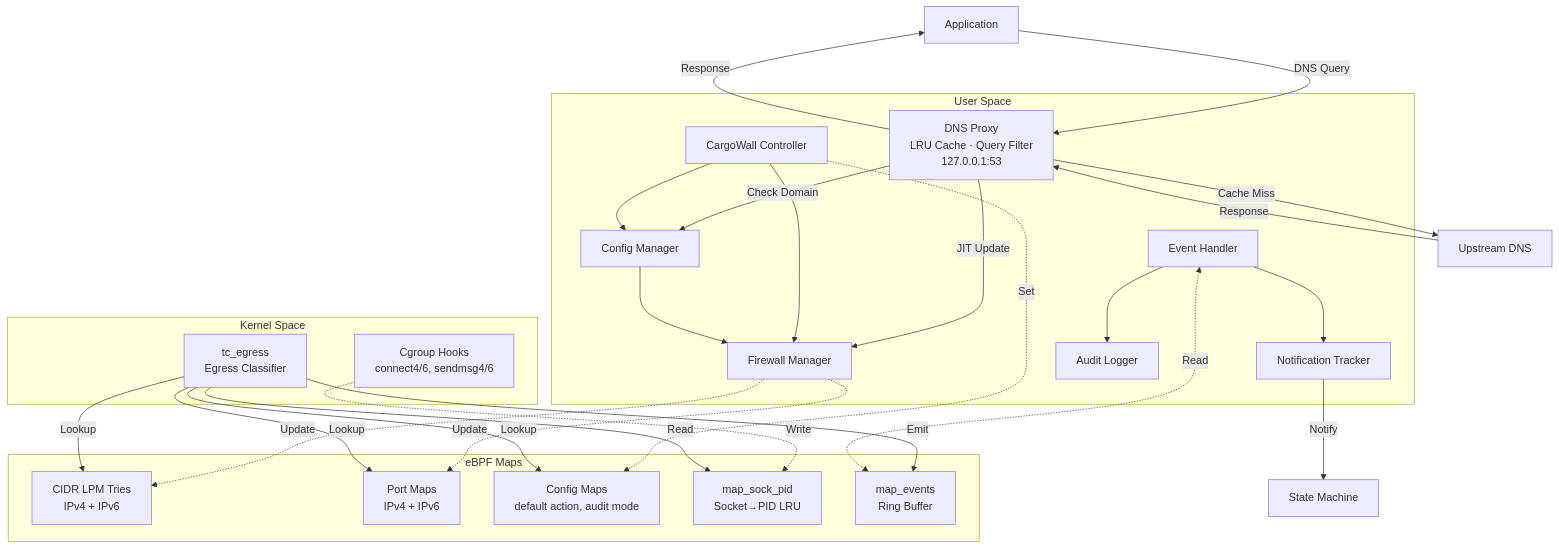
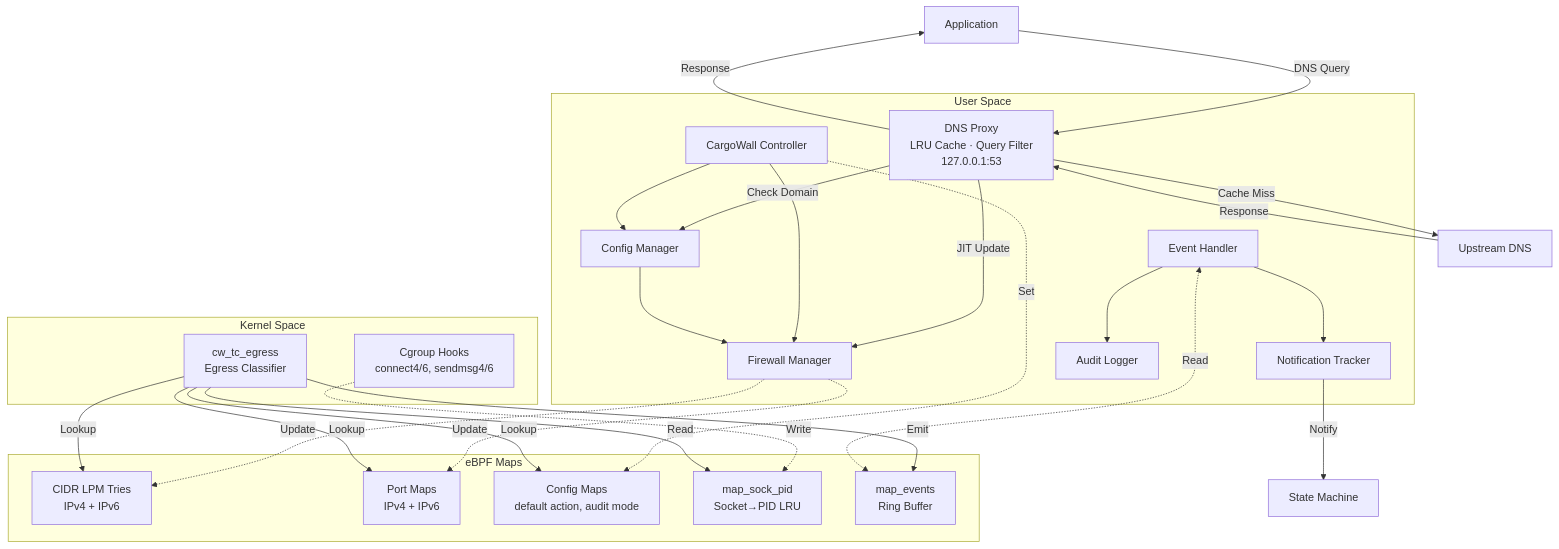
The first of 6 diagrams in design.md (code-cargo/cargowall), drawn with Mermaid before and after one commit. The commit also changed other lines of this file and 57 other files, not shown here.

````diff
--- a/design.md
+++ b/design.md
@@ -26,56 +26,56 @@
 ```mermaid
 flowchart TD
     APP[Application]
     UP[Upstream DNS]
 
     subgraph "User Space"
         DNS["DNS Proxy<br/>LRU Cache · Query Filter<br/>127.0.0.1:53"]
         UC[CargoWall Controller]
         CM[Config Manager]
         FW[Firewall Manager]
         EH[Event Handler]
         NT[Notification Tracker]
         AL[Audit Logger]
     end
 
     subgraph "Kernel Space"
-        EG[tc_egress<br/>Egress Classifier]
+        EG[cw_tc_egress<br/>Egress Classifier]
         CG["Cgroup Hooks<br/>connect4/6, sendmsg4/6"]
     end
 
     subgraph "eBPF Maps"
         CIDRS["CIDR LPM Tries<br/>IPv4 + IPv6"]
         PORTS["Port Maps<br/>IPv4 + IPv6"]
         CFG["Config Maps<br/>default action, audit mode"]
         SP[map_sock_pid<br/>Socket→PID LRU]
         RB[map_events<br/>Ring Buffer]
     end
 
     SM[State Machine]
 
     APP -->|DNS Query| DNS
     DNS -->|Response| APP
     DNS -->|Cache Miss| UP
     UP -->|Response| DNS
     DNS -->|Check Domain| CM
     DNS -->|JIT Update| FW
 
     UC --> CM
     UC --> FW
     CM --> FW
     FW -.->|Update| CIDRS
     FW -.->|Update| PORTS
     UC -.->|Set| CFG
 
     CG -.->|Write| SP
     EG -->|Read| SP
     EG -->|Lookup| CIDRS
     EG -->|Lookup| PORTS
     EG -->|Lookup| CFG
     EG -->|Emit| RB
 
     EH <-.->|Read| RB
     EH --> AL
     EH --> NT
     NT -->|Notify| SM
 ```
````
